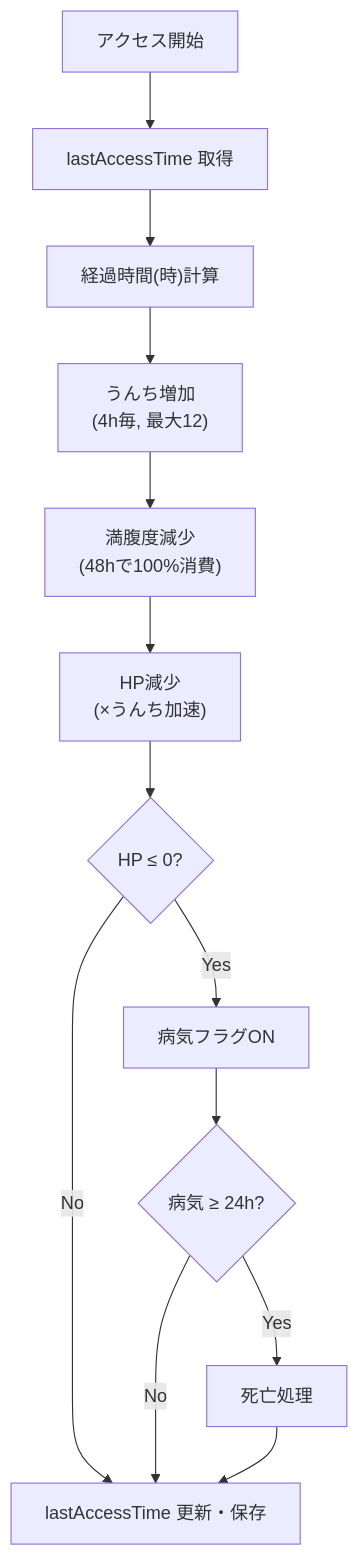
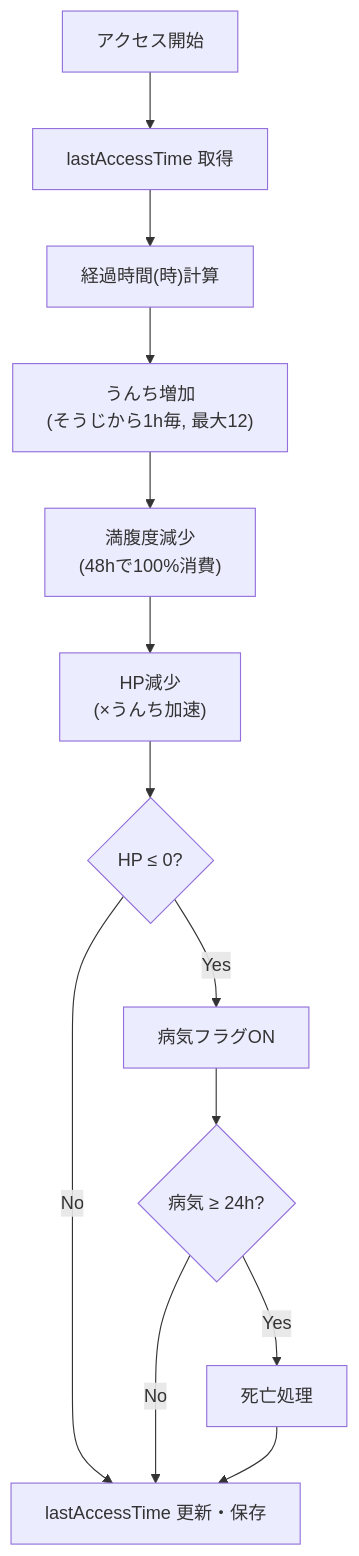
Before and after one commit to hiro-maro-1118/kirby: the fifth of 6 diagrams in docs/basic_design.md, drawn with Mermaid. The commit also changed 3 other files, not shown here.

````diff
--- a/docs/basic_design.md
+++ b/docs/basic_design.md
@@ -170,15 +170,15 @@
 ```mermaid
 flowchart TD
     A["アクセス開始"] --> B["lastAccessTime 取得"]
     B --> C["経過時間(時)計算"]
-    C --> D["うんち増加<br/>(4h毎, 最大12)"]
+    C --> D["うんち増加<br/>(そうじから1h毎, 最大12)"]
     D --> E["満腹度減少<br/>(48hで100%消費)"]
     E --> F["HP減少<br/>(×うんち加速)"]
     F --> G{HP ≤ 0?}
     G -->|Yes| H["病気フラグON"]
     G -->|No| J
     H --> I{病気 ≥ 24h?}
     I -->|Yes| K["死亡処理"]
     I -->|No| J
     K --> J["lastAccessTime 更新・保存"]
 ```
````
